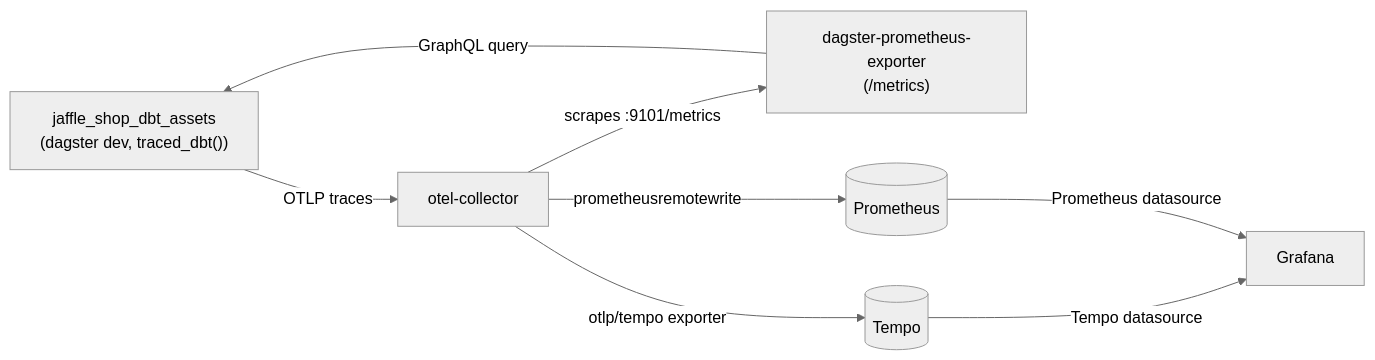
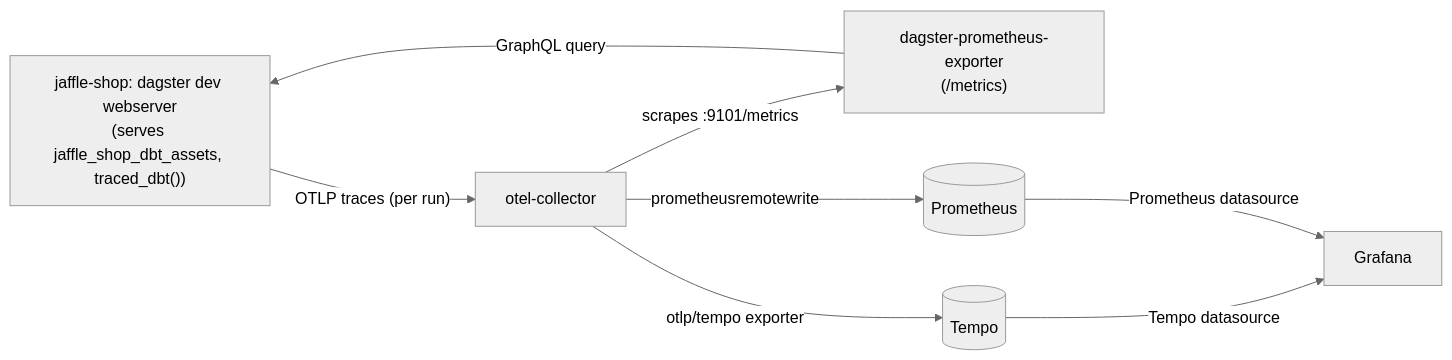
Before and after one commit to HirofumiTsuda/dagster-otel: the diagram in examples/README.md, drawn with Mermaid (neutral theme).

First paragraph of the commit message:
fix(demo): traces panel to table, architecture diagram, doc fixes (#65)
* Combined demo: traces + dagster-prometheus-exporter's metrics via one Collector

````diff
--- a/examples/README.md
+++ b/examples/README.md
@@ -76,17 +76,17 @@
 ```mermaid
 flowchart LR
-    assets["jaffle_shop_dbt_assets<br/>(dagster dev, traced_dbt())"]
+    webserver["jaffle-shop: dagster dev webserver<br/>(serves jaffle_shop_dbt_assets, traced_dbt())"]
     exporter["dagster-prometheus-exporter<br/>(/metrics)"]
     collector["otel-collector"]
     tempo[("Tempo")]
     prometheus[("Prometheus")]
     grafana["Grafana"]
 
-    assets -- "OTLP traces" --> collector
-    exporter -- "GraphQL query" --> assets
+    webserver -- "OTLP traces (per run)" --> collector
+    exporter -- "GraphQL query" --> webserver
     collector -- "scrapes :9101/metrics" --> exporter
     collector -- "otlp/tempo exporter" --> tempo
     collector -- "prometheusremotewrite" --> prometheus
     tempo -- "Tempo datasource" --> grafana
     prometheus -- "Prometheus datasource" --> grafana
 ```
````
